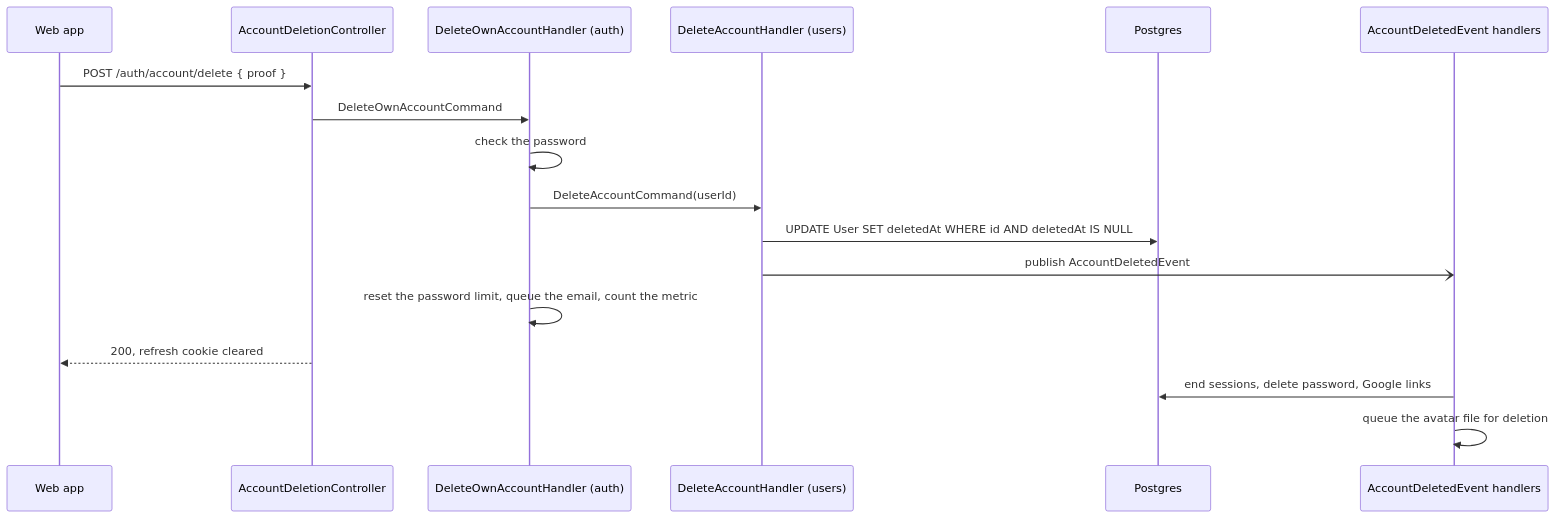
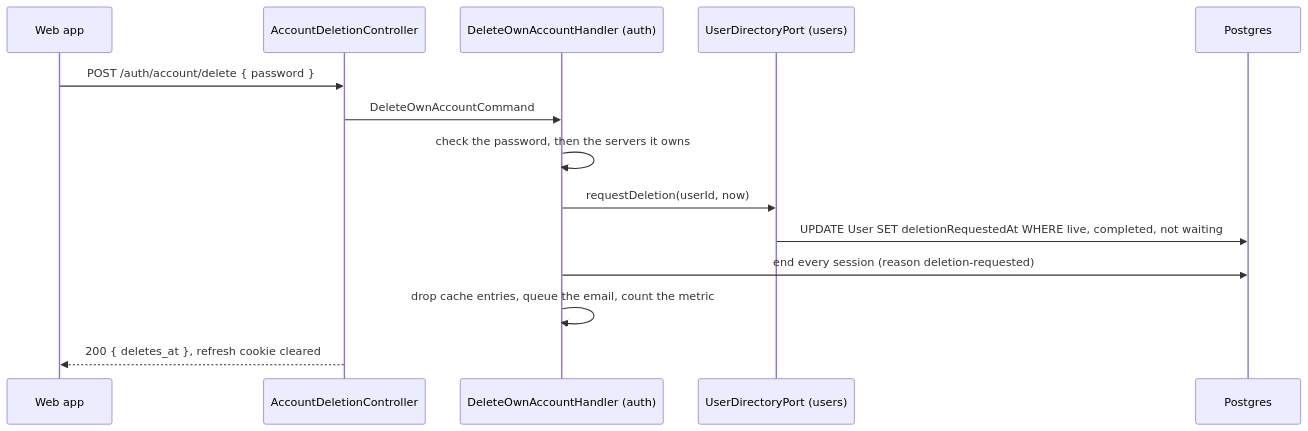
One commit to StoriuSs/NezFocus-Backend changed the diagram in docs/account-deletion.md. Above: the diagram before and after it, drawn with Mermaid. The commit also changed other lines of this file and 29 other files, not shown here.

Commit message:
docs: describe the 14-day account deletion wait and restore

````diff
--- a/docs/account-deletion.md
+++ b/docs/account-deletion.md
@@ -78,19 +99,16 @@
 ```mermaid
 sequenceDiagram
     participant W as Web app
     participant C as AccountDeletionController
     participant D as DeleteOwnAccountHandler (auth)
-    participant U as DeleteAccountHandler (users)
+    participant U as UserDirectoryPort (users)
     participant DB as Postgres
-    participant E as AccountDeletedEvent handlers
-    W->>C: POST /auth/account/delete { proof }
+    W->>C: POST /auth/account/delete { password }
     C->>D: DeleteOwnAccountCommand
-    D->>D: check the password
-    D->>U: DeleteAccountCommand(userId)
-    U->>DB: UPDATE User SET deletedAt WHERE id AND deletedAt IS NULL
-    U-)E: publish AccountDeletedEvent
-    D->>D: reset the password limit, queue the email, count the metric
-    C-->>W: 200, refresh cookie cleared
-    E->>DB: end sessions, delete password, Google links
-    E->>E: queue the avatar file for deletion
+    D->>D: check the password, then the servers it owns
+    D->>U: requestDeletion(userId, now)
+    U->>DB: UPDATE User SET deletionRequestedAt WHERE live, completed, not waiting
+    D->>DB: end every session (reason deletion-requested)
+    D->>D: drop cache entries, queue the email, count the metric
+    C-->>W: 200 { deletes_at }, refresh cookie cleared
 ```
````
